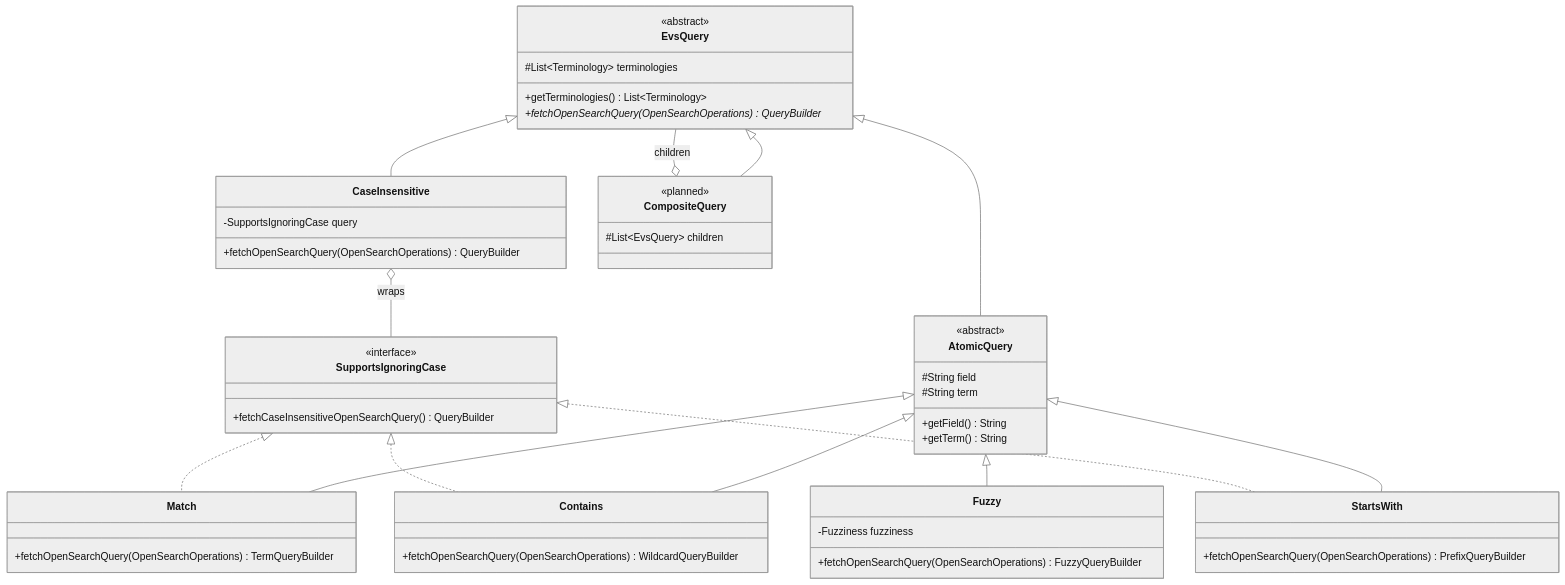
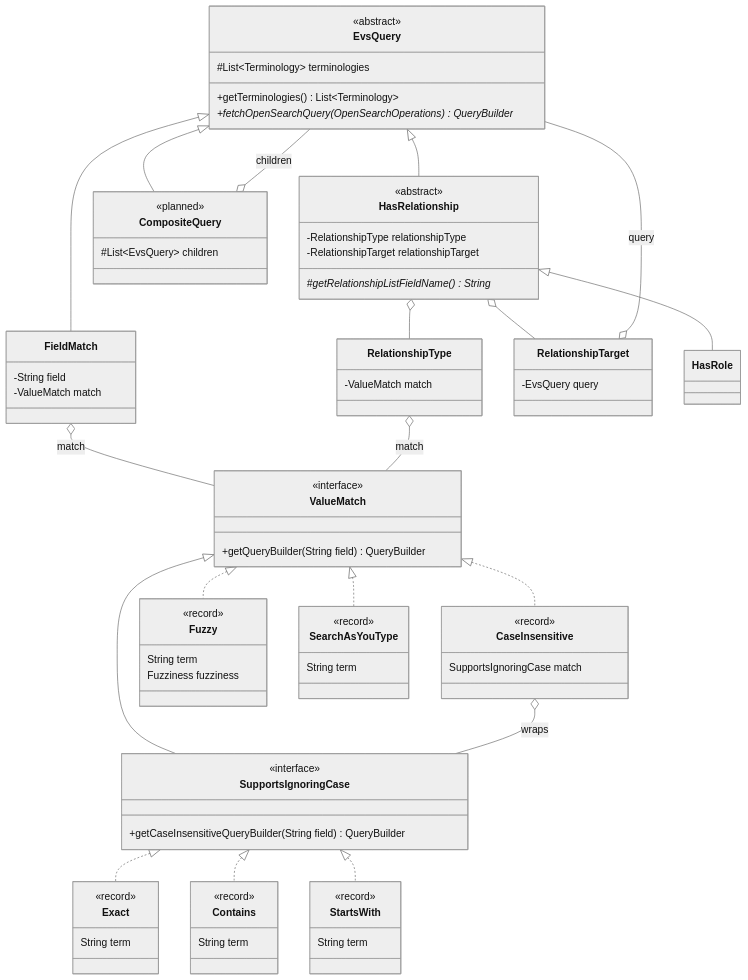
One commit to WestCoastInformatics/evsrestapi changed the diagram in src/main/java/gov/nih/nci/evs/api/query/README.md. Above: the diagram before and after it, drawn with Mermaid (neutral theme). The commit also changed other lines of this file and 23 other files, not shown here.

First line of the commit message:
Generalize HasRole into HasRelationship and match types with value matches

````diff
--- a/src/main/java/gov/nih/nci/evs/api/query/README.md
+++ b/src/main/java/gov/nih/nci/evs/api/query/README.md
@@ -43,36 +49,24 @@
         +fetchOpenSearchQuery(OpenSearchOperations)* QueryBuilder
     }
 
-    class AtomicQuery {
-        <<abstract>>
-        #String field
-        #String term
-        +getField() String
-        +getTerm() String
+    class FieldMatch {
+        -String field
+        -ValueMatch match
     }
 
-    class SupportsIgnoringCase {
-        <<interface>>
-        +fetchCaseInsensitiveOpenSearchQuery() QueryBuilder
+    class HasRelationship {
+        <<abstract>>
+        -RelationshipType relationshipType
+        -RelationshipTarget relationshipTarget
+        #getRelationshipListFieldName()* String
     }
 
-    class CaseInsensitive {
-        -SupportsIgnoringCase query
-        +fetchOpenSearchQuery(OpenSearchOperations) QueryBuilder
+    class RelationshipType {
+        -ValueMatch match
     }
 
-    class Match {
-        +fetchOpenSearchQuery(OpenSearchOperations) TermQueryBuilder
-    }
-    class Contains {
-        +fetchOpenSearchQuery(OpenSearchOperations) WildcardQueryBuilder
-    }
-    class StartsWith {
-        +fetchOpenSearchQuery(OpenSearchOperations) PrefixQueryBuilder
-    }
-    class Fuzzy {
-        -Fuzziness fuzziness
-        +fetchOpenSearchQuery(OpenSearchOperations) FuzzyQueryBuilder
+    class RelationshipTarget {
+        -EvsQuery query
     }
 
     class CompositeQuery {
@@ -80,16 +74,59 @@
         #List~EvsQuery~ children
     }
 
-    EvsQuery <|-- AtomicQuery
+    class ValueMatch {
+        <<interface>>
+        +getQueryBuilder(String field) QueryBuilder
+    }
+
+    class SupportsIgnoringCase {
+        <<interface>>
+        +getCaseInsensitiveQueryBuilder(String field) QueryBuilder
+    }
+
+    class CaseInsensitive {
+        <<record>>
+        SupportsIgnoringCase match
+    }
+    class Exact {
+        <<record>>
+        String term
+    }
+    class Contains {
+        <<record>>
+        String term
+    }
+    class StartsWith {
+        <<record>>
+        String term
+    }
+    class Fuzzy {
+        <<record>>
+        String term
+        Fuzziness fuzziness
+    }
+    class SearchAsYouType {
+        <<record>>
+        String term
+    }
+
+    EvsQuery <|-- FieldMatch
+    EvsQuery <|-- HasRelationship
     EvsQuery <|-- CompositeQuery
-    EvsQuery <|-- CaseInsensitive
-    AtomicQuery <|-- Match
-    AtomicQuery <|-- Contains
-    AtomicQuery <|-- StartsWith
-    AtomicQuery <|-- Fuzzy
-    SupportsIgnoringCase <|.. Match
+    HasRelationship <|-- HasRole
+    CompositeQuery o-- EvsQuery : children
+    FieldMatch o-- ValueMatch : match
+    HasRelationship o-- RelationshipType
+    HasRelationship o-- RelationshipTarget
+    RelationshipType o-- ValueMatch : match
+    RelationshipTarget o-- EvsQuery : query
+
+    ValueMatch <|-- SupportsIgnoringCase
+    ValueMatch <|.. CaseInsensitive
+    ValueMatch <|.. Fuzzy
+    ValueMatch <|.. SearchAsYouType
+    SupportsIgnoringCase <|.. Exact
     SupportsIgnoringCase <|.. Contains
     SupportsIgnoringCase <|.. StartsWith
-    CompositeQuery o-- EvsQuery : children
     CaseInsensitive o-- SupportsIgnoringCase : wraps
 ```
````
